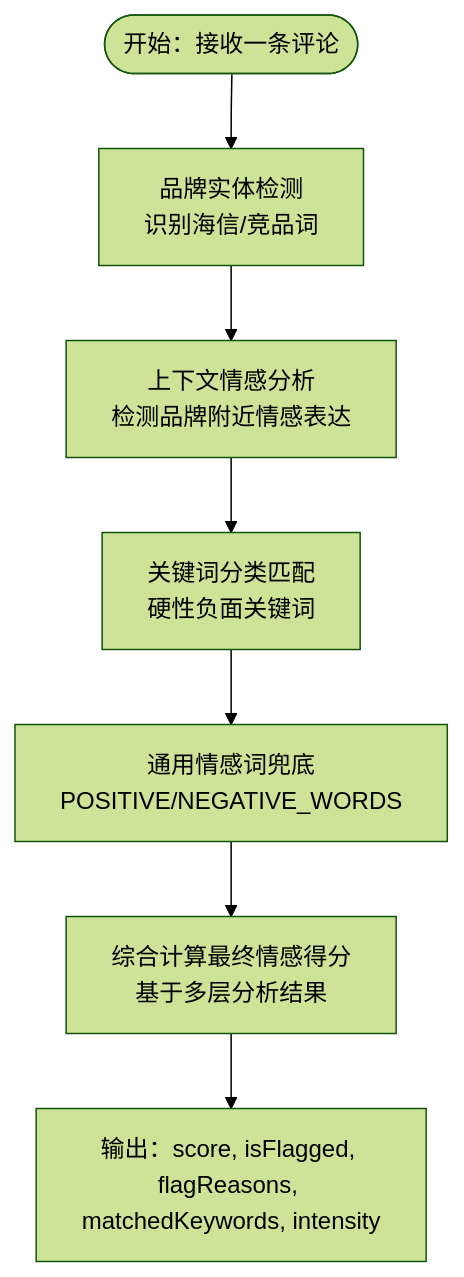
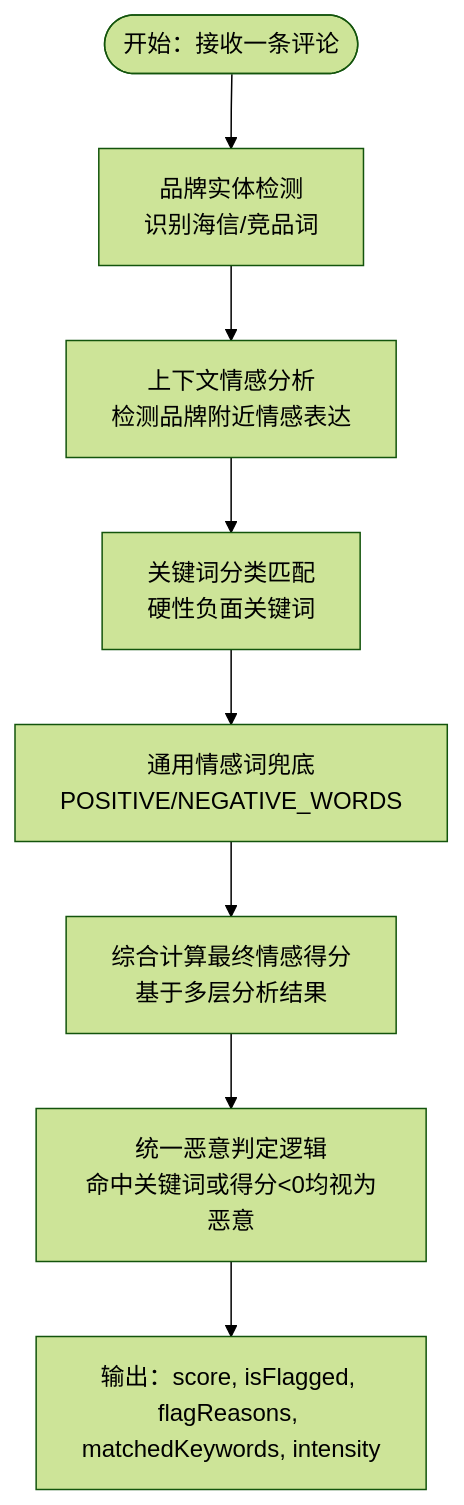
One commit to zezzezzez/reddit changed the fourth of 8 diagrams in .qoder/repowiki/zh/content/核心模块/情感分析引擎.md. Above: the diagram before and after it, drawn with Mermaid (forest theme). The commit also changed other lines of this file and 9 other files, not shown here.

````diff
--- a/.qoder/repowiki/zh/content/核心模块/情感分析引擎.md
+++ b/.qoder/repowiki/zh/content/核心模块/情感分析引擎.md
@@ -210,9 +218,10 @@
 ```mermaid
 flowchart TD
 Start(["开始：接收一条评论"]) --> BrandDetect["品牌实体检测<br/>识别海信/竞品词"]
 BrandDetect --> ContextAnalyze["上下文情感分析<br/>检测品牌附近情感表达"]
 ContextAnalyze --> KeywordMatch["关键词分类匹配<br/>硬性负面关键词"]
 KeywordMatch --> GenericEmotion["通用情感词兜底<br/>POSITIVE/NEGATIVE_WORDS"]
 GenericEmotion --> FinalCalc["综合计算最终情感得分<br/>基于多层分析结果"]
-FinalCalc --> Output["输出：score, isFlagged, flagReasons, matchedKeywords, intensity"]
+FinalCalc --> UnifiedCheck["统一恶意判定逻辑<br/>命中关键词或得分<0均视为恶意"]
+UnifiedCheck --> Output["输出：score, isFlagged, flagReasons, matchedKeywords, intensity"]
 ```
````
